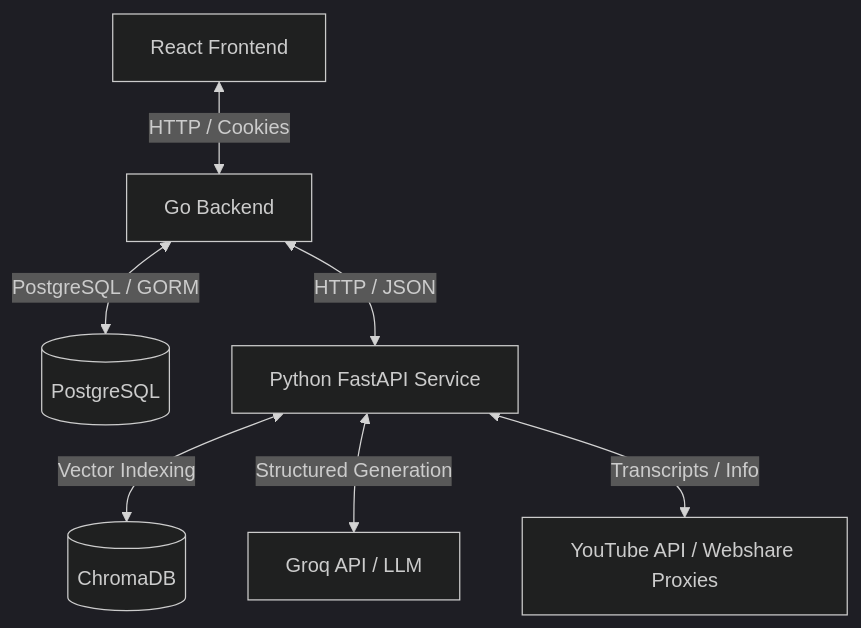
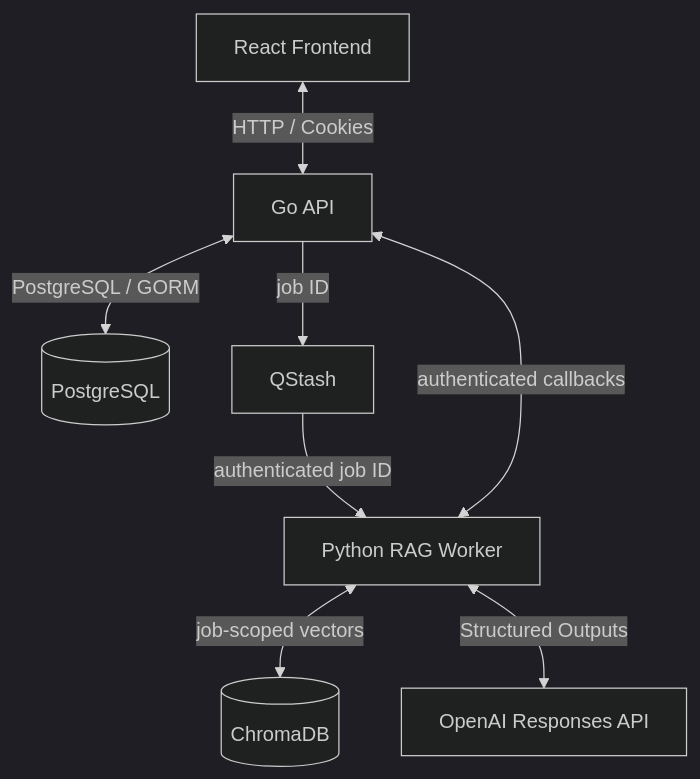
The diagram in README.md (Soundcreates/CurriculumOS), drawn with Mermaid (dark theme) before and after one commit. The commit also changed other lines of this file and 48 other files, not shown here.

Commit message:
feat: add async roadmap generation flow

````diff
--- a/README.md
+++ b/README.md
@@ -14,9 +14,10 @@
 ```mermaid
 graph TD
-    Client[React Frontend] <--> |HTTP / Cookies| GoServer[Go Backend]
+    Client[React Frontend] <--> |HTTP / Cookies| GoServer[Go API]
     GoServer <--> |PostgreSQL / GORM| DB[(PostgreSQL)]
-    GoServer <--> |HTTP / JSON| FastAPI[Python FastAPI Service]
-    FastAPI <--> |Vector Indexing| Chroma[(ChromaDB)]
-    FastAPI <--> |Structured Generation| Groq[Groq API / LLM]
-    FastAPI <--> |Transcripts / Info| YouTube[YouTube API / Webshare Proxies]
+    GoServer --> |job ID| Queue[QStash]
+    Queue --> |authenticated job ID| FastAPI[Python RAG Worker]
+    FastAPI <--> |authenticated callbacks| GoServer
+    FastAPI <--> |job-scoped vectors| Chroma[(ChromaDB)]
+    FastAPI <--> |Structured Outputs| OpenAI[OpenAI Responses API]
 ```
````
